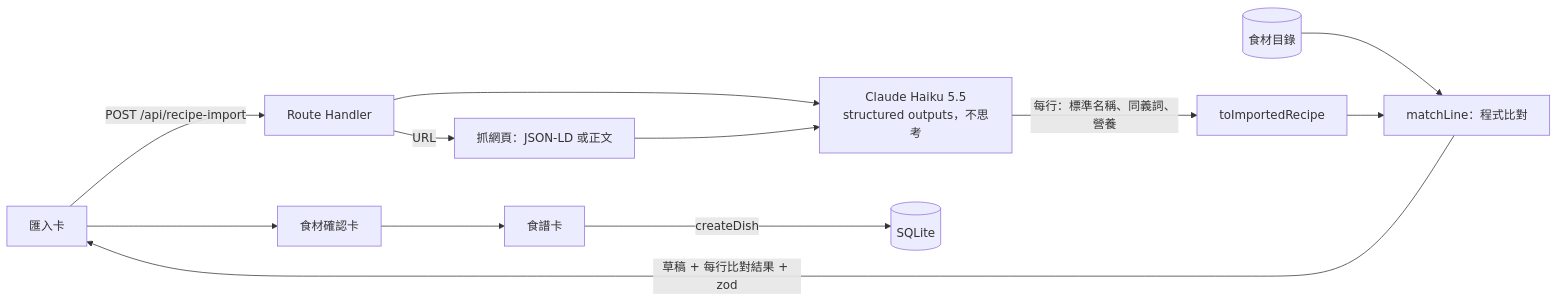
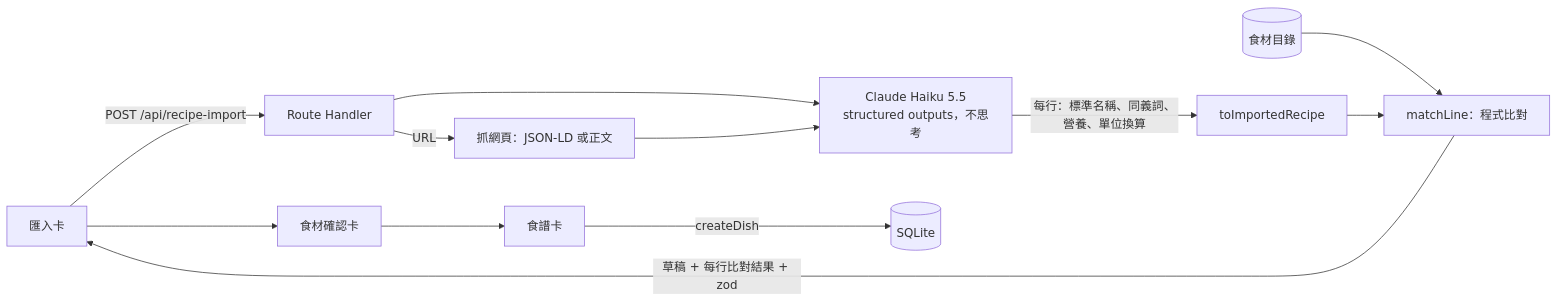
Before and after one commit to piercelin11/epifolio: the second of 2 diagrams in docs/features/recipe-import.md, drawn with Mermaid. The commit also changed other lines of this file and 9 other files, not shown here.

````diff
--- a/docs/features/recipe-import.md
+++ b/docs/features/recipe-import.md
@@ -38,12 +38,12 @@
 ```mermaid
 flowchart LR
     CARD[匯入卡] -->|POST /api/recipe-import| RH[Route Handler]
     RH -->|URL| PAGE[抓網頁：JSON-LD 或正文]
     RH --> LLM[Claude Haiku 5.5<br/>structured outputs，不思考]
     PAGE --> LLM
-    LLM -->|每行：標準名稱、同義詞、營養| CONV[toImportedRecipe]
+    LLM -->|每行：標準名稱、同義詞、營養、單位換算| CONV[toImportedRecipe]
     CAT[(食材目錄)] --> MATCH[matchLine：程式比對]
     CONV --> MATCH
     MATCH -->|草稿 + 每行比對結果 + zod| CARD
     CARD --> REVIEW[食材確認卡] --> RECIPE[食譜卡] -->|createDish| DB[(SQLite)]
 ```
````
